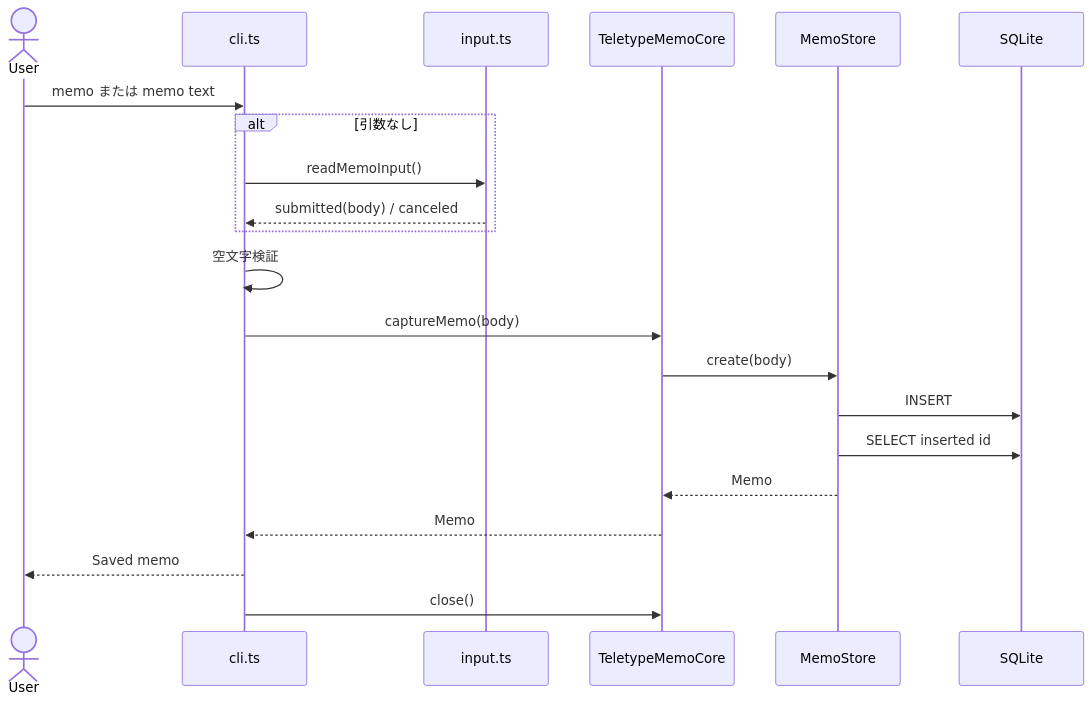
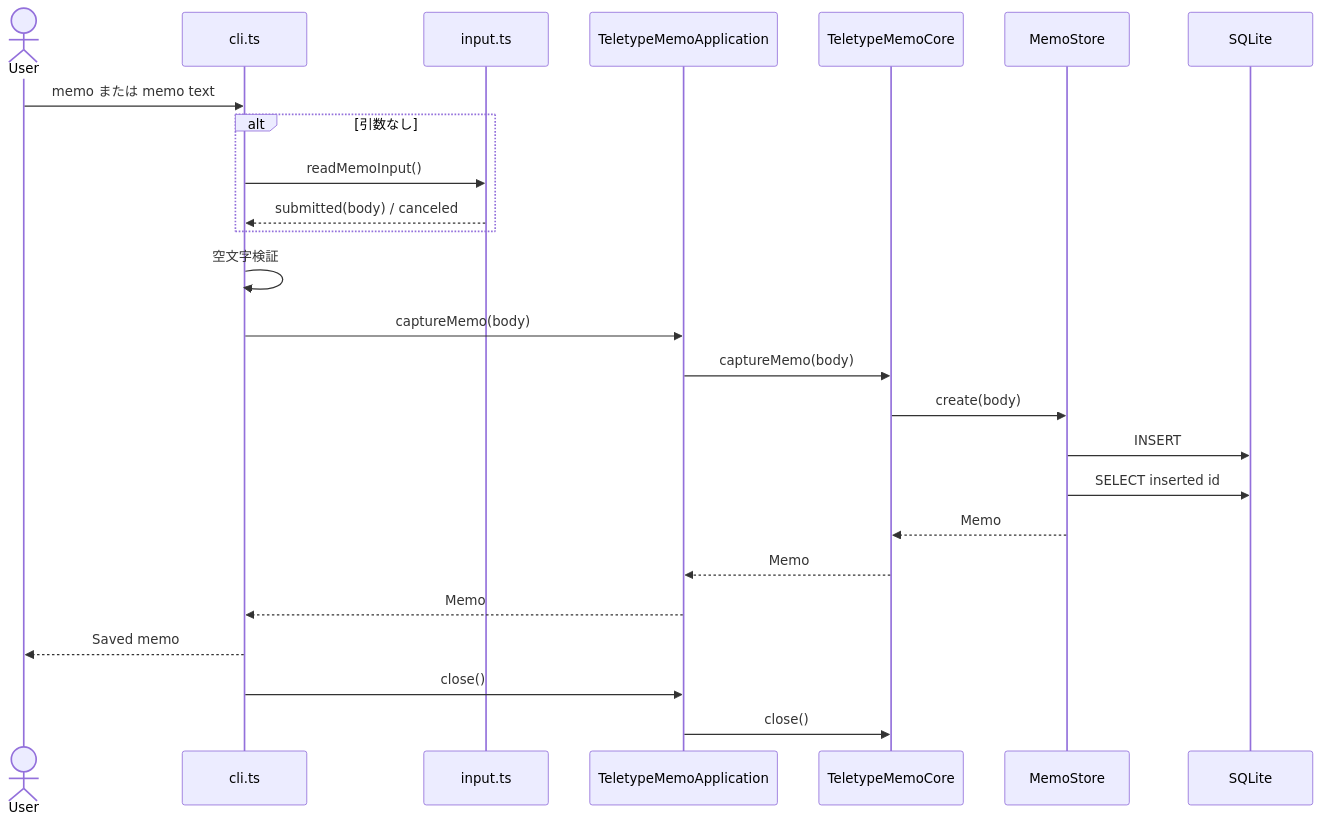
One commit to hk206/terminal-ai-memo changed the second of 4 diagrams in docs/DETAILED_DESIGN.md. Above: the diagram before and after it, drawn with Mermaid. The commit also changed other lines of this file and 6 other files, not shown here.

````diff
--- a/docs/DETAILED_DESIGN.md
+++ b/docs/DETAILED_DESIGN.md
@@ -226,24 +233,28 @@
 ```mermaid
 sequenceDiagram
     actor U as User
     participant C as cli.ts
     participant I as input.ts
+    participant A as TeletypeMemoApplication
     participant Core as TeletypeMemoCore
     participant S as MemoStore
     participant D as SQLite
 
     U->>C: memo または memo text
     alt 引数なし
         C->>I: readMemoInput()
         I-->>C: submitted(body) / canceled
     end
     C->>C: 空文字検証
-    C->>Core: captureMemo(body)
+    C->>A: captureMemo(body)
+    A->>Core: captureMemo(body)
     Core->>S: create(body)
     S->>D: INSERT
     S->>D: SELECT inserted id
     S-->>Core: Memo
-    Core-->>C: Memo
+    Core-->>A: Memo
+    A-->>C: Memo
     C-->>U: Saved memo #ID
-    C->>Core: close()
+    C->>A: close()
+    A->>Core: close()
 ```
````
